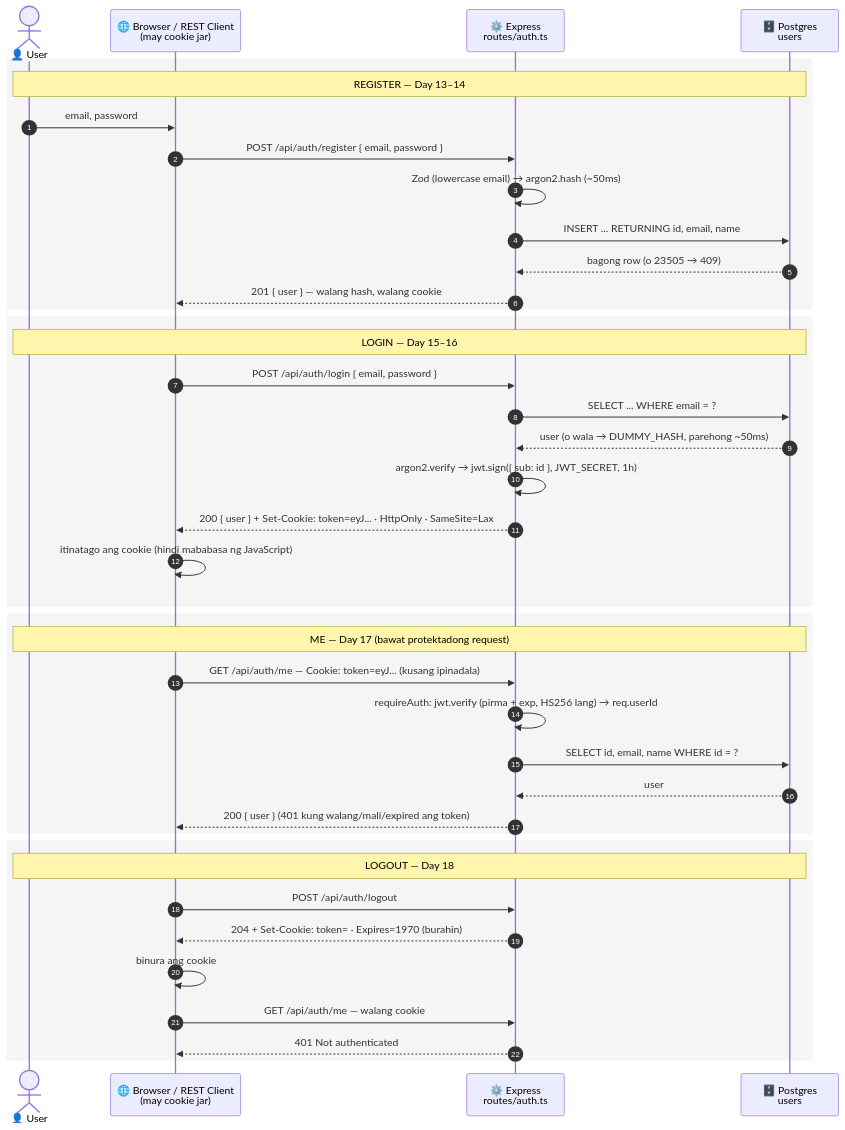
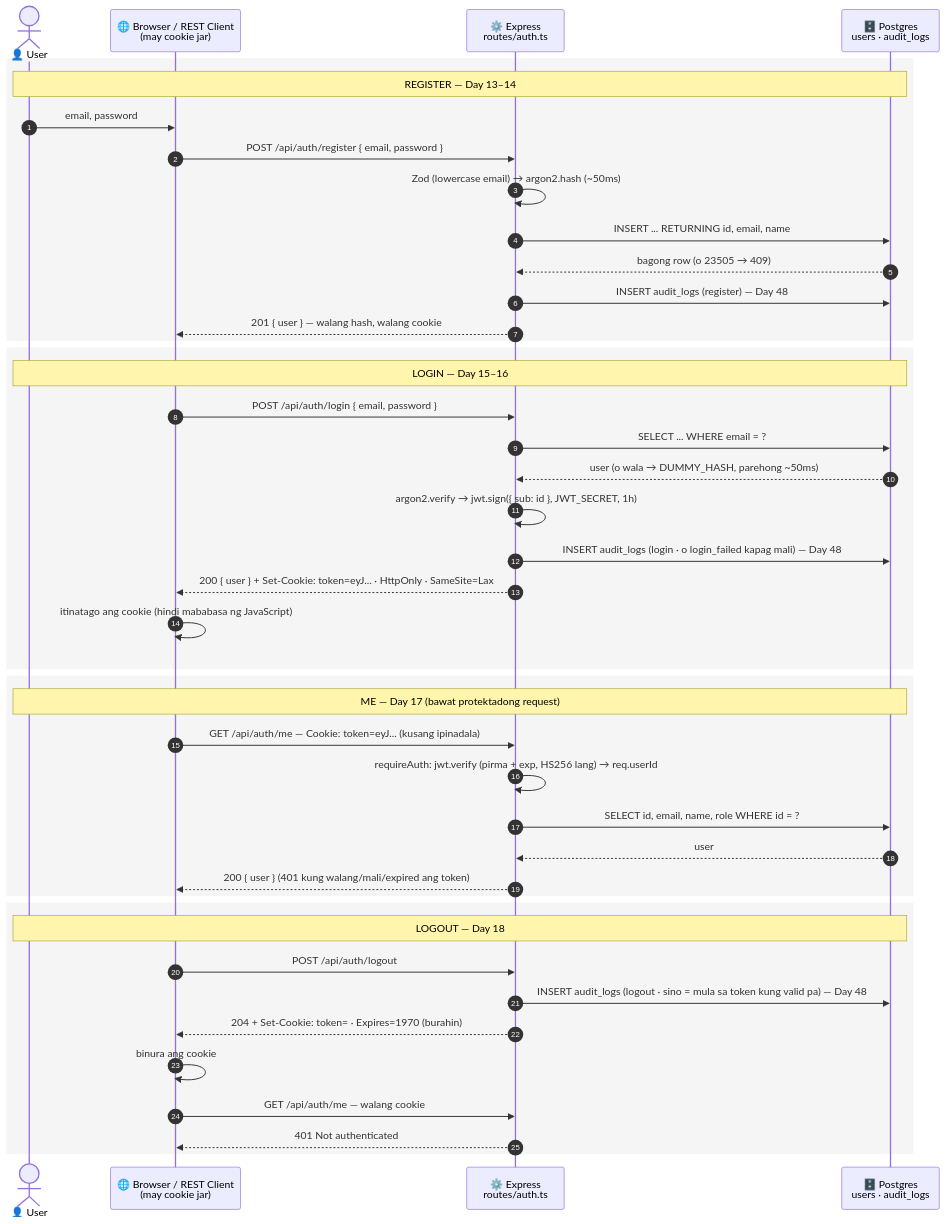
One commit to nelson1869-ai/auth-learning changed the diagram in docs/diagrams/06-auth-sequence.md. Above: the diagram before and after it, drawn with Mermaid. The commit also changed other lines of this file and 10 other files, not shown here.

First line of the commit message:
docs: sync diagrams, .http and READMEs with Days 44–49

````diff
--- a/docs/diagrams/06-auth-sequence.md
+++ b/docs/diagrams/06-auth-sequence.md
@@ -12,46 +12,49 @@
 ```mermaid
 sequenceDiagram
     autonumber
     actor U as 👤 User
     participant B as 🌐 Browser / REST Client<br/>(may cookie jar)
     participant S as ⚙️ Express<br/>routes/auth.ts
-    participant D as 🗄️ Postgres<br/>users
+    participant D as 🗄️ Postgres<br/>users · audit_logs
 
     rect rgba(128,128,128,0.08)
     Note over U,D: REGISTER — Day 13–14
     U->>B: email, password
     B->>S: POST /api/auth/register { email, password }
     S->>S: Zod (lowercase email) → argon2.hash (~50ms)
     S->>D: INSERT ... RETURNING id, email, name
     D-->>S: bagong row (o 23505 → 409)
+    S->>D: INSERT audit_logs (register) — Day 48
     S-->>B: 201 { user } — walang hash, walang cookie
     end
 
     rect rgba(128,128,128,0.08)
     Note over U,D: LOGIN — Day 15–16
     B->>S: POST /api/auth/login { email, password }
     S->>D: SELECT ... WHERE email = ?
     D-->>S: user (o wala → DUMMY_HASH, parehong ~50ms)
     S->>S: argon2.verify → jwt.sign({ sub: id }, JWT_SECRET, 1h)
+    S->>D: INSERT audit_logs (login · o login_failed kapag mali) — Day 48
     S-->>B: 200 { user } + Set-Cookie: token=eyJ... · HttpOnly · SameSite=Lax
     B->>B: itinatago ang cookie (hindi mababasa ng JavaScript)
     end
 
     rect rgba(128,128,128,0.08)
     Note over U,D: ME — Day 17 (bawat protektadong request)
     B->>S: GET /api/auth/me — Cookie: token=eyJ... (kusang ipinadala)
     S->>S: requireAuth: jwt.verify (pirma + exp, HS256 lang) → req.userId
-    S->>D: SELECT id, email, name WHERE id = ?
+    S->>D: SELECT id, email, name, role WHERE id = ?
     D-->>S: user
     S-->>B: 200 { user } (401 kung walang/mali/expired ang token)
     end
 
     rect rgba(128,128,128,0.08)
     Note over U,D: LOGOUT — Day 18
     B->>S: POST /api/auth/logout
+    S->>D: INSERT audit_logs (logout · sino = mula sa token kung valid pa) — Day 48
     S-->>B: 204 + Set-Cookie: token= · Expires=1970 (burahin)
     B->>B: binura ang cookie
     B->>S: GET /api/auth/me — walang cookie
     S-->>B: 401 Not authenticated
     end
 ```
````
